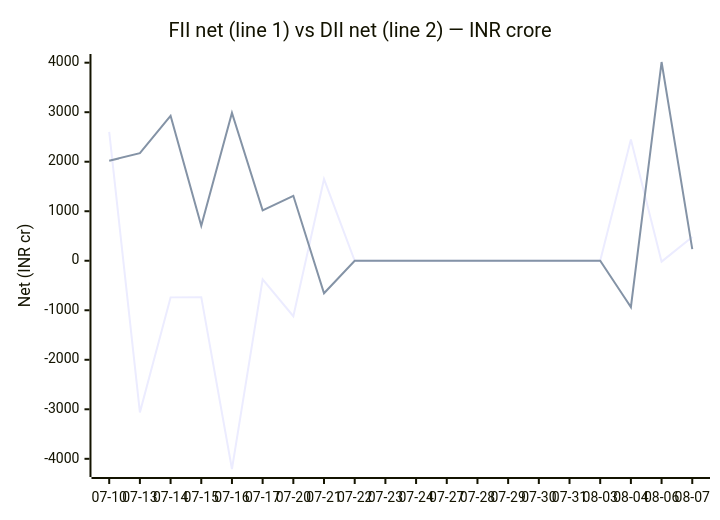
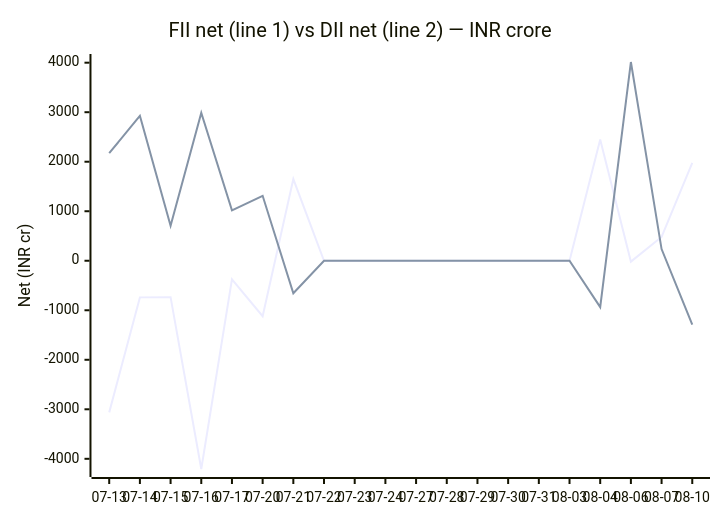
The diagram in README.md (chirag127/fii-dii-activity-api), drawn with Mermaid before and after one commit. The commit also changed 2 other files, not shown here.

Commit message:
data: scrape 2026-08-11

````diff
--- a/README.md
+++ b/README.md
@@ -25,8 +25,8 @@
 ```mermaid
 xychart-beta
     title "FII net (line 1) vs DII net (line 2) — INR crore"
-    x-axis ["07-10", "07-13", "07-14", "07-15", "07-16", "07-17", "07-20", "07-21", "07-22", "07-23", "07-24", "07-27", "07-28", "07-29", "07-30", "07-31", "08-03", "08-04", "08-06", "08-07"]
+    x-axis ["07-13", "07-14", "07-15", "07-16", "07-17", "07-20", "07-21", "07-22", "07-23", "07-24", "07-27", "07-28", "07-29", "07-30", "07-31", "08-03", "08-04", "08-06", "08-07", "08-10"]
     y-axis "Net (INR cr)" -4206 --> 4014
-    line [2603.72, -3062.27, -739.69, -735.83, -4205.56, -376.41, -1121.04, 1650.16, 0, 0, 0, 0, 0, 0, 0, 0, 0, 2446.47, -17.86, 480.24]
-    line [2019.68, 2171.7, 2927.71, 704.93, 2986.41, 1017.89, 1312.03, -656.88, 0, 0, 0, 0, 0, 0, 0, 0, 0, -936.14, 4013.6, 235.56]
+    line [-3062.27, -739.69, -735.83, -4205.56, -376.41, -1121.04, 1650.16, 0, 0, 0, 0, 0, 0, 0, 0, 0, 2446.47, -17.86, 480.24, 1974.76]
+    line [2171.7, 2927.71, 704.93, 2986.41, 1017.89, 1312.03, -656.88, 0, 0, 0, 0, 0, 0, 0, 0, 0, -936.14, 4013.6, 235.56, -1290.29]
 ```
````
